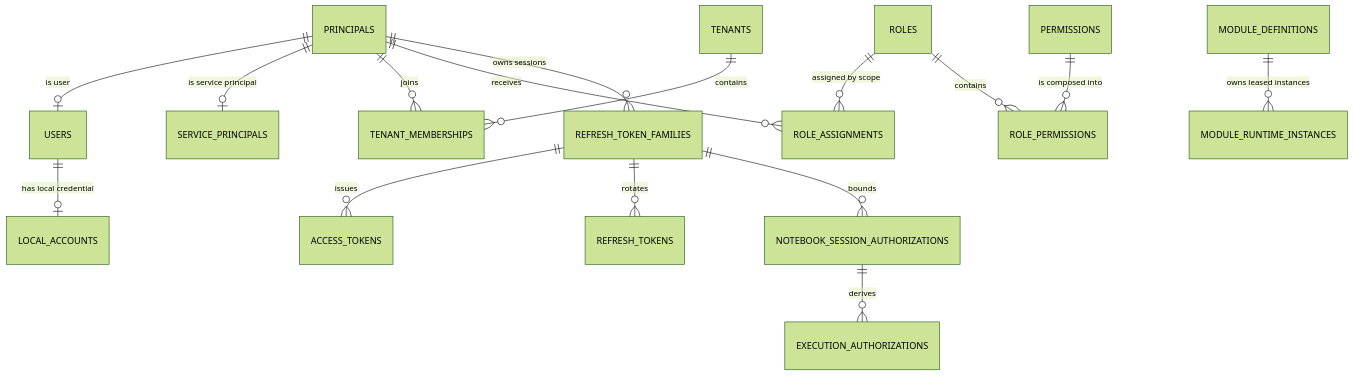
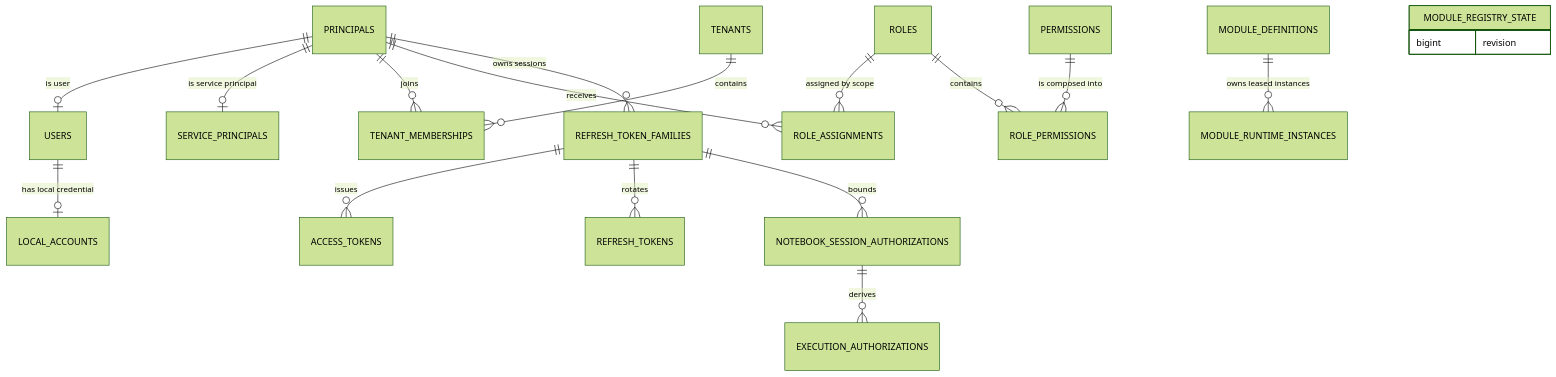
One commit to pampa0629/addp changed the first of 2 diagrams in system/docs/数据库架构.md. Above: the diagram before and after it, drawn with Mermaid (forest theme). The commit also changed other lines of this file and 130 other files, not shown here.

````diff
--- a/system/docs/数据库架构.md
+++ b/system/docs/数据库架构.md
@@ -32,18 +32,21 @@
 ```mermaid
 erDiagram
     PRINCIPALS ||--o| USERS : "is user"
     PRINCIPALS ||--o| SERVICE_PRINCIPALS : "is service principal"
     USERS ||--o| LOCAL_ACCOUNTS : "has local credential"
     PRINCIPALS ||--o{ TENANT_MEMBERSHIPS : "joins"
     TENANTS ||--o{ TENANT_MEMBERSHIPS : "contains"
     PRINCIPALS ||--o{ ROLE_ASSIGNMENTS : "receives"
     ROLES ||--o{ ROLE_ASSIGNMENTS : "assigned by scope"
     ROLES ||--o{ ROLE_PERMISSIONS : "contains"
     PERMISSIONS ||--o{ ROLE_PERMISSIONS : "is composed into"
     PRINCIPALS ||--o{ REFRESH_TOKEN_FAMILIES : "owns sessions"
     REFRESH_TOKEN_FAMILIES ||--o{ ACCESS_TOKENS : "issues"
     REFRESH_TOKEN_FAMILIES ||--o{ REFRESH_TOKENS : "rotates"
     REFRESH_TOKEN_FAMILIES ||--o{ NOTEBOOK_SESSION_AUTHORIZATIONS : "bounds"
     NOTEBOOK_SESSION_AUTHORIZATIONS ||--o{ EXECUTION_AUTHORIZATIONS : "derives"
     MODULE_DEFINITIONS ||--o{ MODULE_RUNTIME_INSTANCES : "owns leased instances"
+    MODULE_REGISTRY_STATE {
+        bigint revision
+    }
 ```
````
